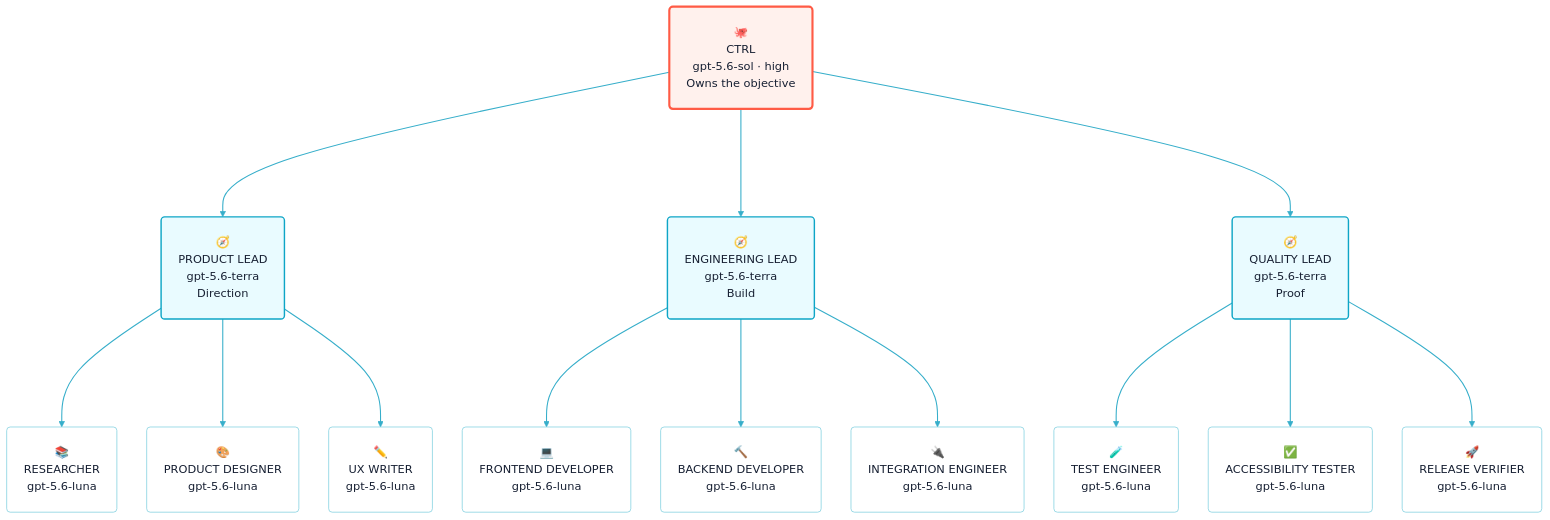
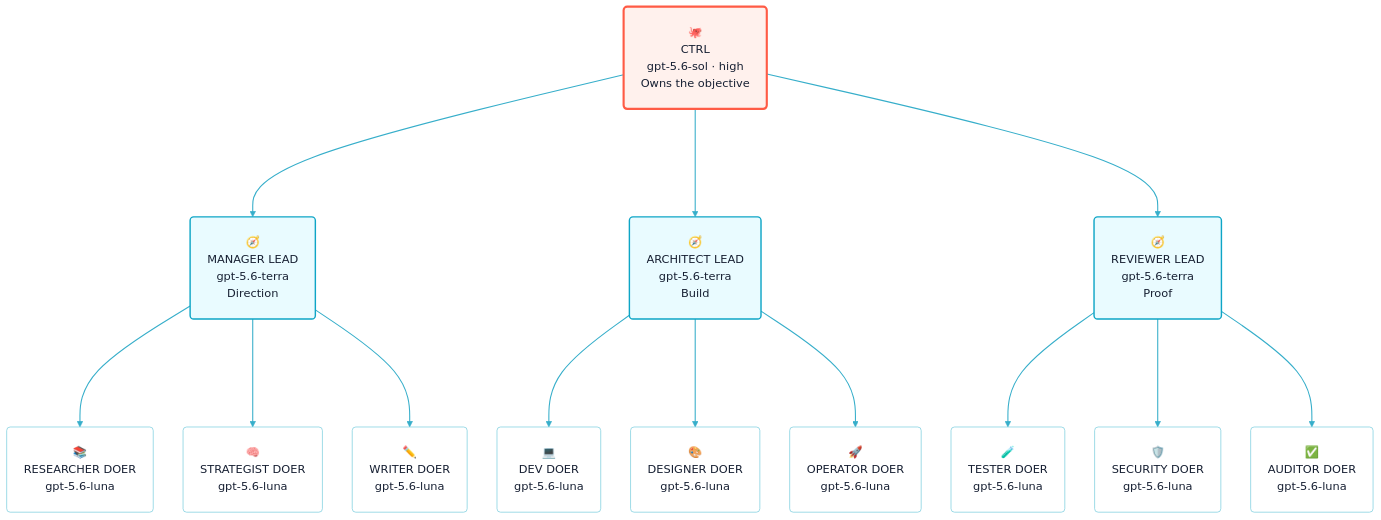
Before and after one commit to flowwweb/swarm: the diagram in plugins/swarm/README.md, drawn with Mermaid. The commit also changed other lines of this file and 46 other files, not shown here.

````diff
--- a/plugins/swarm/README.md
+++ b/plugins/swarm/README.md
@@ -27,29 +27,29 @@
 ```mermaid
 %%{init: {"theme":"base","themeVariables":{"lineColor":"#36aeca"},"flowchart":{"nodeSpacing":42,"rankSpacing":152,"curve":"basis","padding":24}}}%%
 flowchart TB
   C("🐙<br/>CTRL<br/>gpt-5.6-sol · high<br/>Owns the objective")
 
-  C --> P("🧭<br/>PRODUCT LEAD<br/>gpt-5.6-terra<br/>Direction")
-  C --> E("🧭<br/>ENGINEERING LEAD<br/>gpt-5.6-terra<br/>Build")
-  C --> Q("🧭<br/>QUALITY LEAD<br/>gpt-5.6-terra<br/>Proof")
+  C --> P("🧭<br/>MANAGER LEAD<br/>gpt-5.6-terra<br/>Direction")
+  C --> E("🧭<br/>ARCHITECT LEAD<br/>gpt-5.6-terra<br/>Build")
+  C --> Q("🧭<br/>REVIEWER LEAD<br/>gpt-5.6-terra<br/>Proof")
 
-  P --> P1("📚<br/>RESEARCHER<br/>gpt-5.6-luna")
-  P --> P2("🎨<br/>PRODUCT DESIGNER<br/>gpt-5.6-luna")
-  P --> P3("✏️<br/>UX WRITER<br/>gpt-5.6-luna")
+  P --> P1("📚<br/>RESEARCHER DOER<br/>gpt-5.6-luna")
+  P --> P2("🧠<br/>STRATEGIST DOER<br/>gpt-5.6-luna")
+  P --> P3("✏️<br/>WRITER DOER<br/>gpt-5.6-luna")
 
-  E --> E1("💻<br/>FRONTEND DEVELOPER<br/>gpt-5.6-luna")
-  E --> E2("🔨<br/>BACKEND DEVELOPER<br/>gpt-5.6-luna")
-  E --> E3("🔌<br/>INTEGRATION ENGINEER<br/>gpt-5.6-luna")
+  E --> E1("💻<br/>DEV DOER<br/>gpt-5.6-luna")
+  E --> E2("🎨<br/>DESIGNER DOER<br/>gpt-5.6-luna")
+  E --> E3("🚀<br/>OPERATOR DOER<br/>gpt-5.6-luna")
 
-  Q --> Q1("🧪<br/>TEST ENGINEER<br/>gpt-5.6-luna")
-  Q --> Q2("✅<br/>ACCESSIBILITY TESTER<br/>gpt-5.6-luna")
-  Q --> Q3("🚀<br/>RELEASE VERIFIER<br/>gpt-5.6-luna")
+  Q --> Q1("🧪<br/>TESTER DOER<br/>gpt-5.6-luna")
+  Q --> Q2("🛡️<br/>SECURITY DOER<br/>gpt-5.6-luna")
+  Q --> Q3("✅<br/>AUDITOR DOER<br/>gpt-5.6-luna")
 
   classDef ctrl fill:#fff1ed,stroke:#ff5b45,color:#172033,stroke-width:3px;
   classDef lead fill:#e9fbff,stroke:#0ea5c6,color:#172033,stroke-width:2px;
   classDef doer fill:#ffffff,stroke:#78cddd,color:#172033,stroke-width:1px;
   class C ctrl;
   class P,E,Q lead;
   class P1,P2,P3,E1,E2,E3,Q1,Q2,Q3 doer;
   linkStyle default stroke:#36aeca,stroke-width:1.5px;
 ```
````
